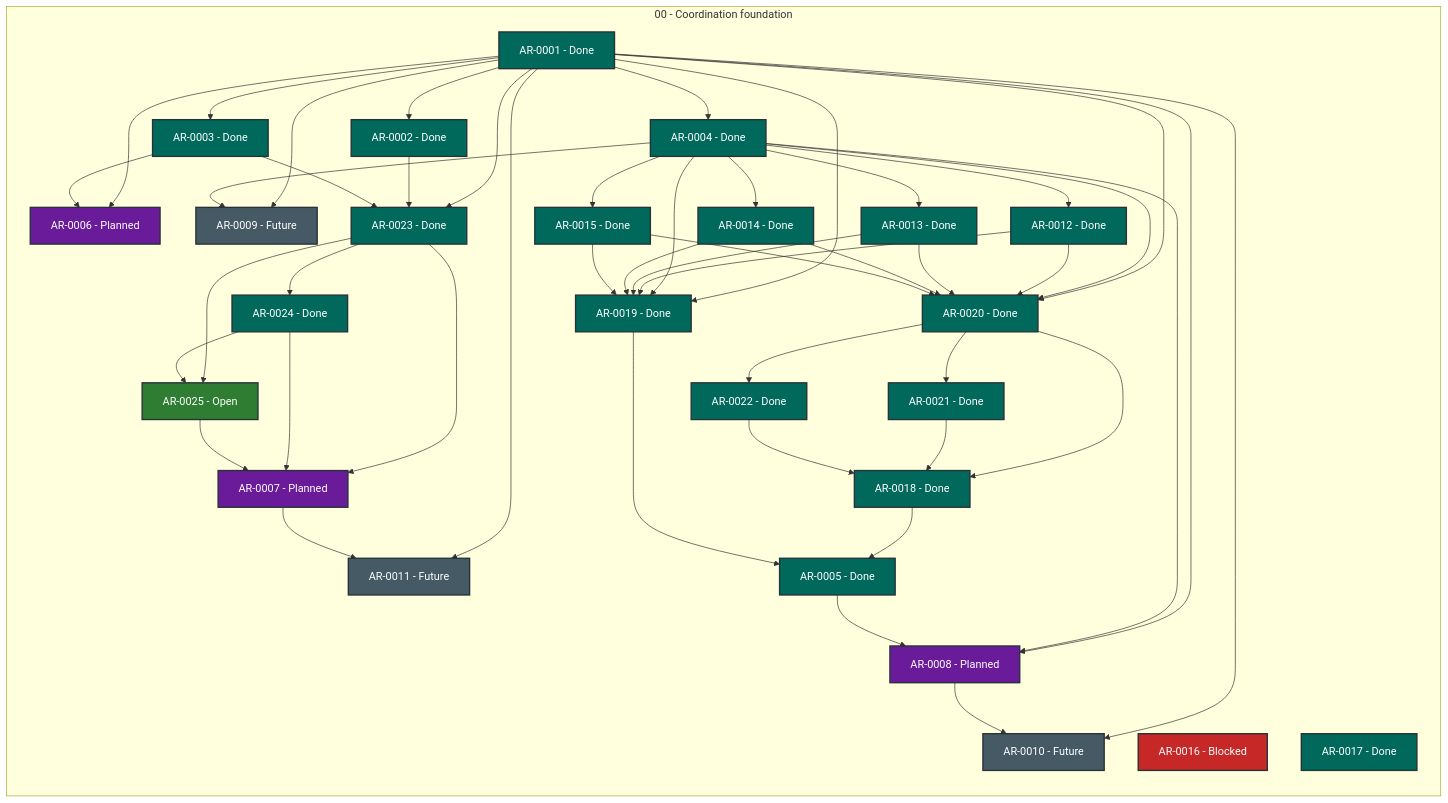
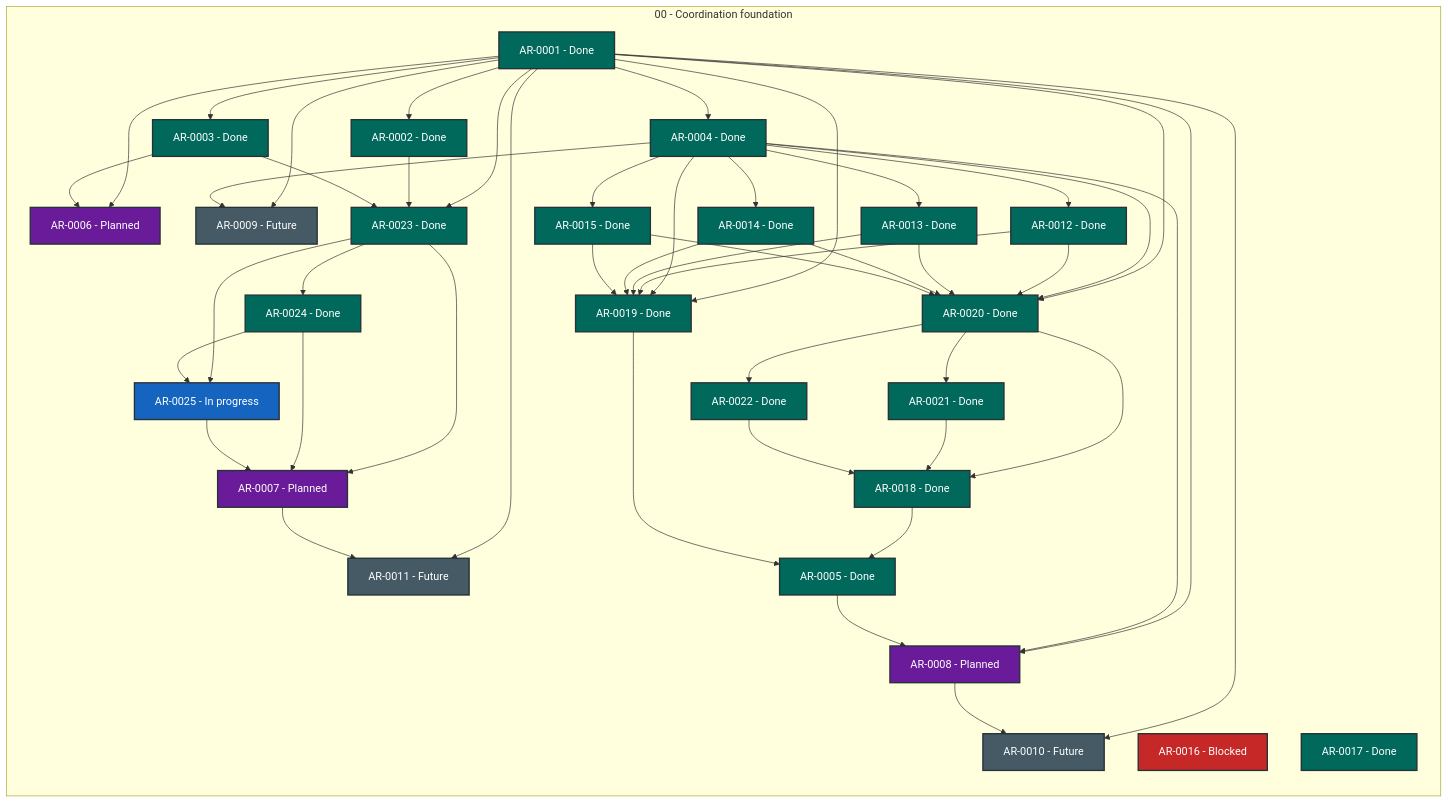
The diagram in STATUS.md (martin-beck/agent-workflow-quality-state), drawn with Mermaid before and after one commit. The commit also changed other lines of this file and 2 other files, not shown here.

```diff
--- a/STATUS.md
+++ b/STATUS.md
@@ -52,7 +52,7 @@
         AR_0022["AR-0022 - Done"]:::status_done
         AR_0023["AR-0023 - Done"]:::status_done
         AR_0024["AR-0024 - Done"]:::status_done
-        AR_0025["AR-0025 - Open"]:::status_open
+        AR_0025["AR-0025 - In progress"]:::status_in_progress
     end
     AR_0001 --> AR_0002
     AR_0001 --> AR_0003
```
